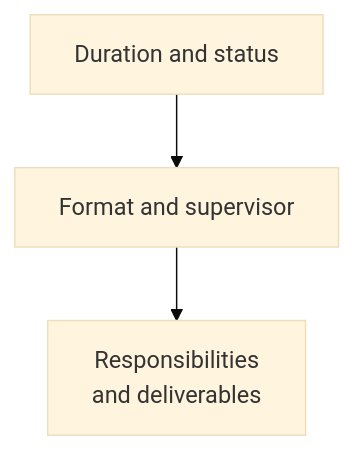
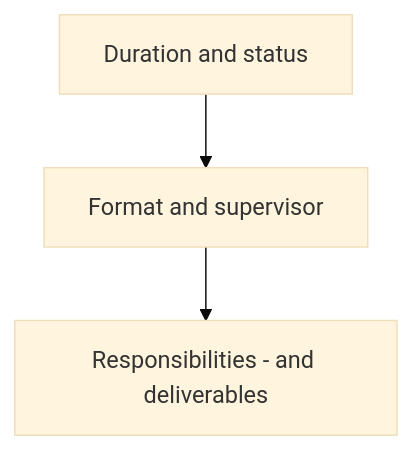
One commit to RIAHPathway/Website-Draft changed the sixth of 18 diagrams in RIAH-PATHWAY-EXPERIENTIAL-STRUCTURE/EXPERIENTIAL-STRUCTURE.md. Above: the diagram before and after it, drawn with Mermaid (base theme). The commit also changed other lines of this file, not shown here.

````diff
--- a/RIAH-PATHWAY-EXPERIENTIAL-STRUCTURE/EXPERIENTIAL-STRUCTURE.md
+++ b/RIAH-PATHWAY-EXPERIENTIAL-STRUCTURE/EXPERIENTIAL-STRUCTURE.md
@@ -525,5 +525,5 @@
 ```mermaid
 flowchart TD
     A["Duration and status"] --> B["Format and supervisor"]
-    B --> C["Responsibilities<br>and deliverables"]
+    B --> C["Responsibilities - and deliverables"]
 ```
````
